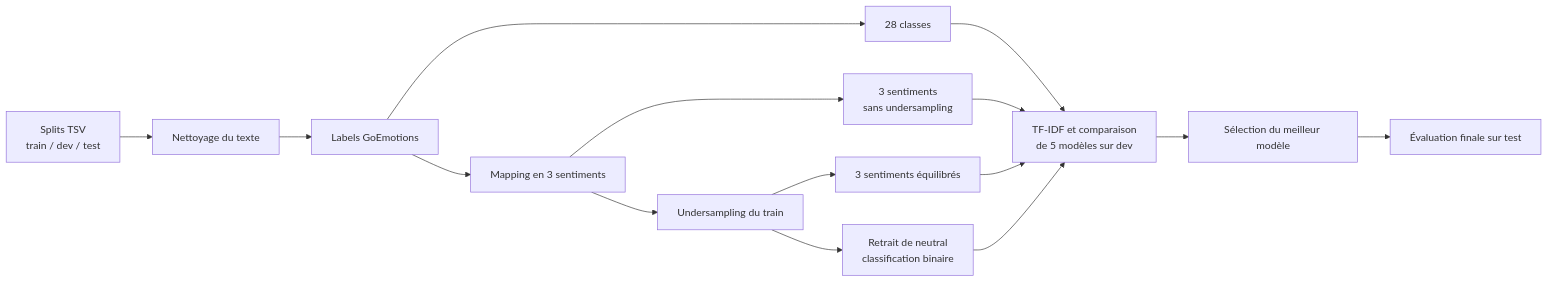
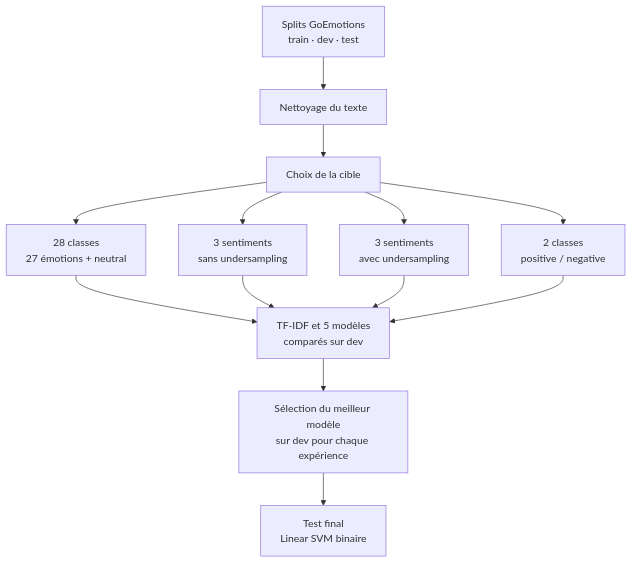
The diagram in README.md (sarahaskri/Go_emotions), drawn with Mermaid before and after one commit.

Commit message:
Make methodology diagram more readable

````diff
--- a/README.md
+++ b/README.md
@@ -69,17 +69,15 @@
 ```mermaid
-flowchart LR
-    A[Splits TSV<br/>train / dev / test] --> B[Nettoyage du texte]
-    B --> C[Labels GoEmotions]
-    C --> D[28 classes]
-    C --> E[Mapping en 3 sentiments]
-    E --> F[3 sentiments<br/>sans undersampling]
-    E --> G[Undersampling du train]
-    G --> H[3 sentiments équilibrés]
-    G --> I[Retrait de neutral<br/>classification binaire]
-    D --> J[TF-IDF et comparaison<br/>de 5 modèles sur dev]
-    F --> J
-    H --> J
-    I --> J
-    J --> K[Sélection du meilleur modèle]
-    K --> L[Évaluation finale sur test]
+flowchart TB
+    A[Splits GoEmotions<br/>train · dev · test] --> B[Nettoyage du texte]
+    B --> C[Choix de la cible]
+    C --> D[28 classes<br/>27 émotions + neutral]
+    C --> E[3 sentiments<br/>sans undersampling]
+    C --> F[3 sentiments<br/>avec undersampling]
+    C --> G[2 classes<br/>positive / negative]
+    D --> H[TF-IDF et 5 modèles<br/>comparés sur dev]
+    E --> H
+    F --> H
+    G --> H
+    H --> I[Sélection du meilleur modèle<br/>sur dev pour chaque expérience]
+    I --> J[Test final<br/>Linear SVM binaire]
 ```
````
